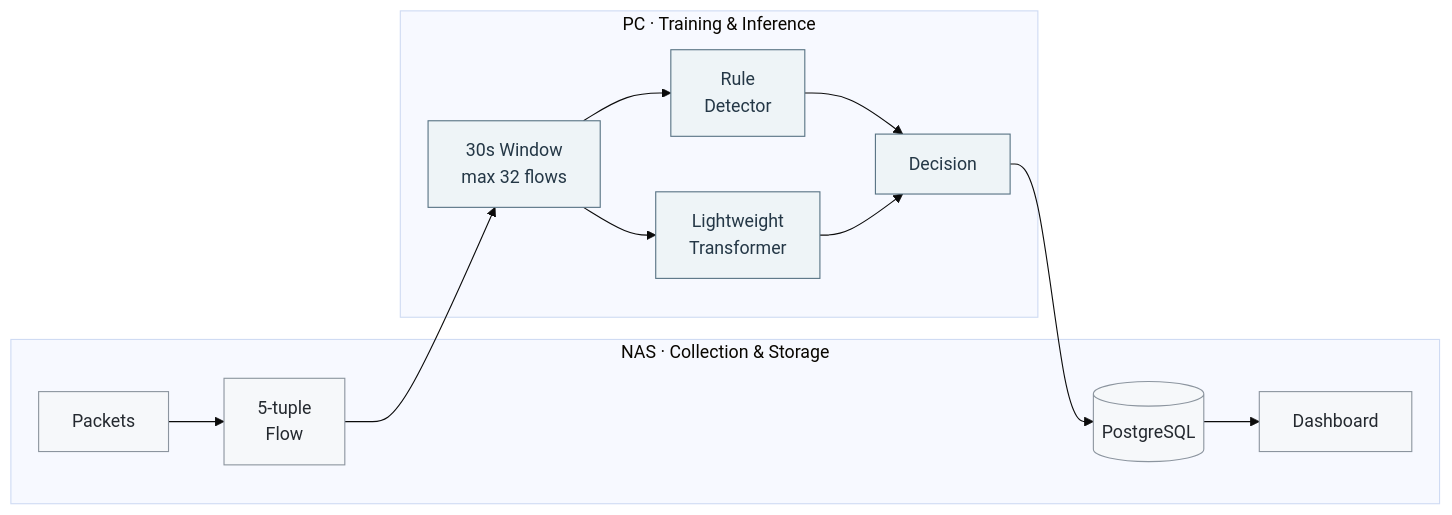
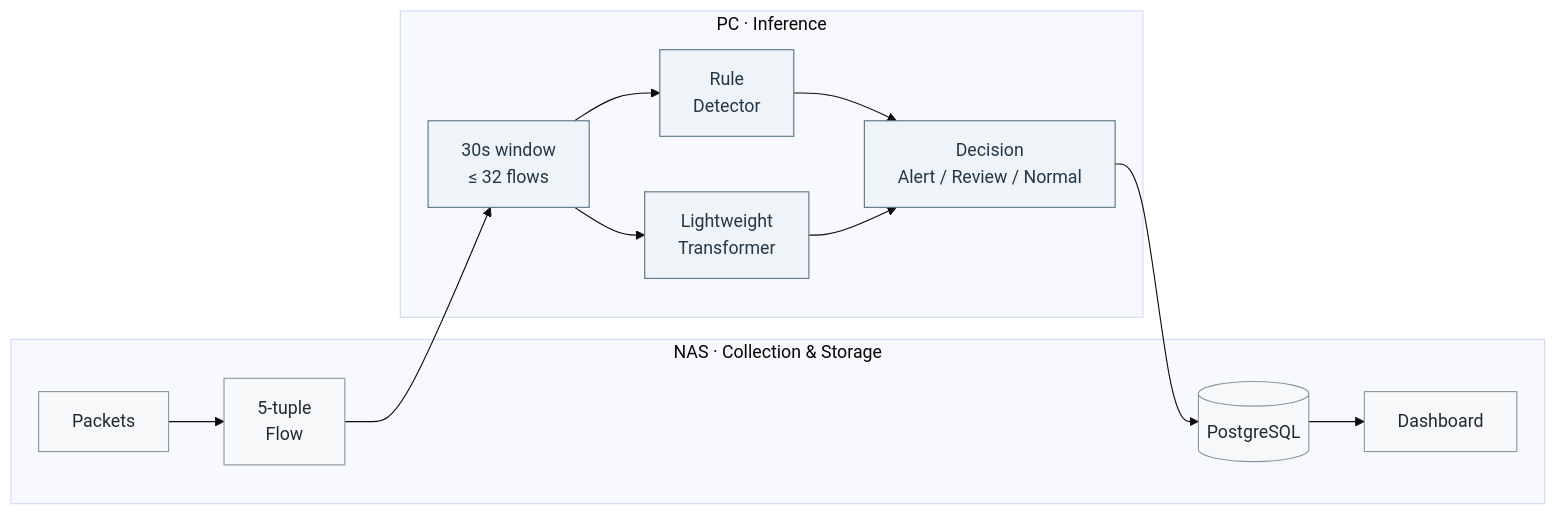
The second of 2 diagrams in README.md (prosild/prosild), drawn with Mermaid (base theme) before and after one commit. The commit also changed other lines of this file, not shown here.

````diff
--- a/README.md
+++ b/README.md
@@ -106,30 +95,28 @@
 ```mermaid
 flowchart LR
     subgraph NAS["NAS · Collection & Storage"]
         A["Packets"] --> B["5-tuple<br/>Flow"]
         G[("PostgreSQL")]
         H["Dashboard"]
         G --> H
     end
 
-    subgraph PC["PC · Training & Inference"]
-        C["30s Window<br/>max 32 flows"]
+    subgraph PC["PC · Inference"]
+        C["30s window<br/>≤ 32 flows"]
         D["Rule<br/>Detector"]
         E["Lightweight<br/>Transformer"]
-        F["Decision"]
-
+        F["Decision<br/>Alert / Review / Normal"]
         C --> D
         C --> E
         D --> F
         E --> F
     end
 
     B --> C
     F --> G
 
     classDef nas fill:#f6f8fa,stroke:#8c959f,color:#24292f;
     classDef ml fill:#eef4f7,stroke:#587384,color:#243746;
-
     class A,B,G,H nas;
     class C,D,E,F ml;
 ```
````
